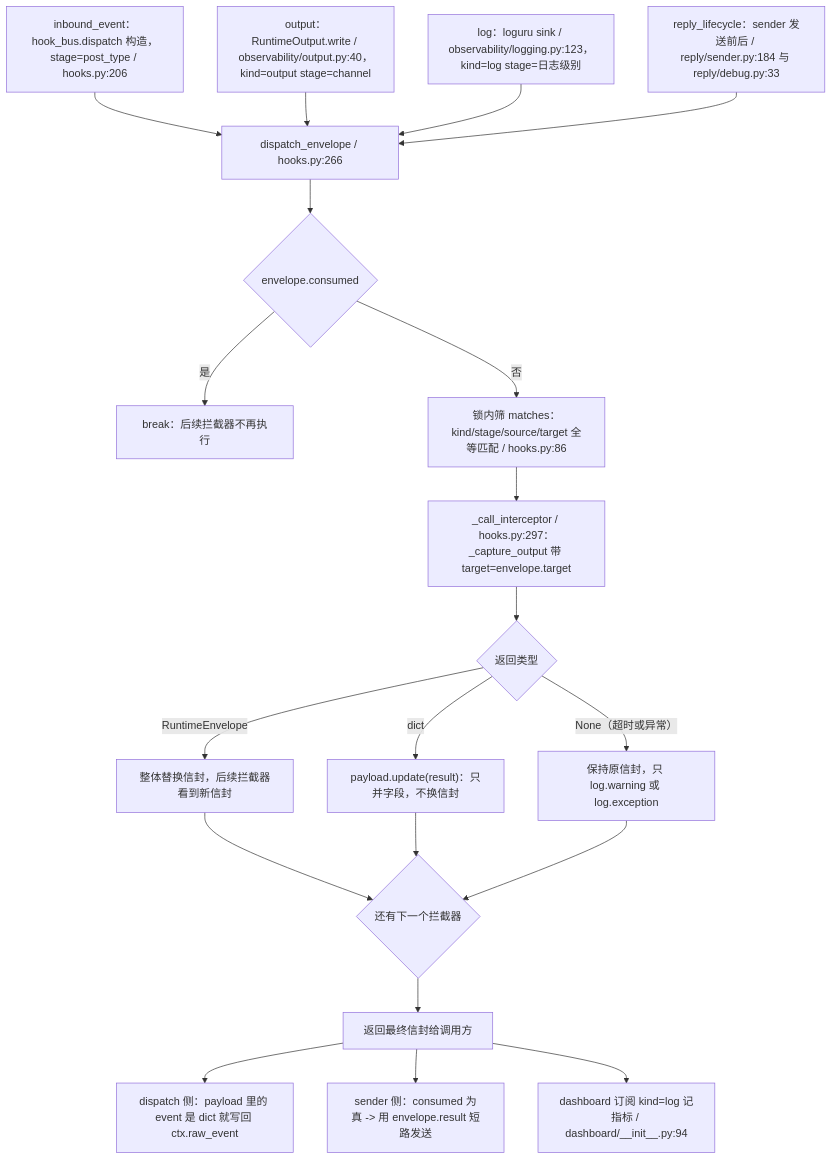
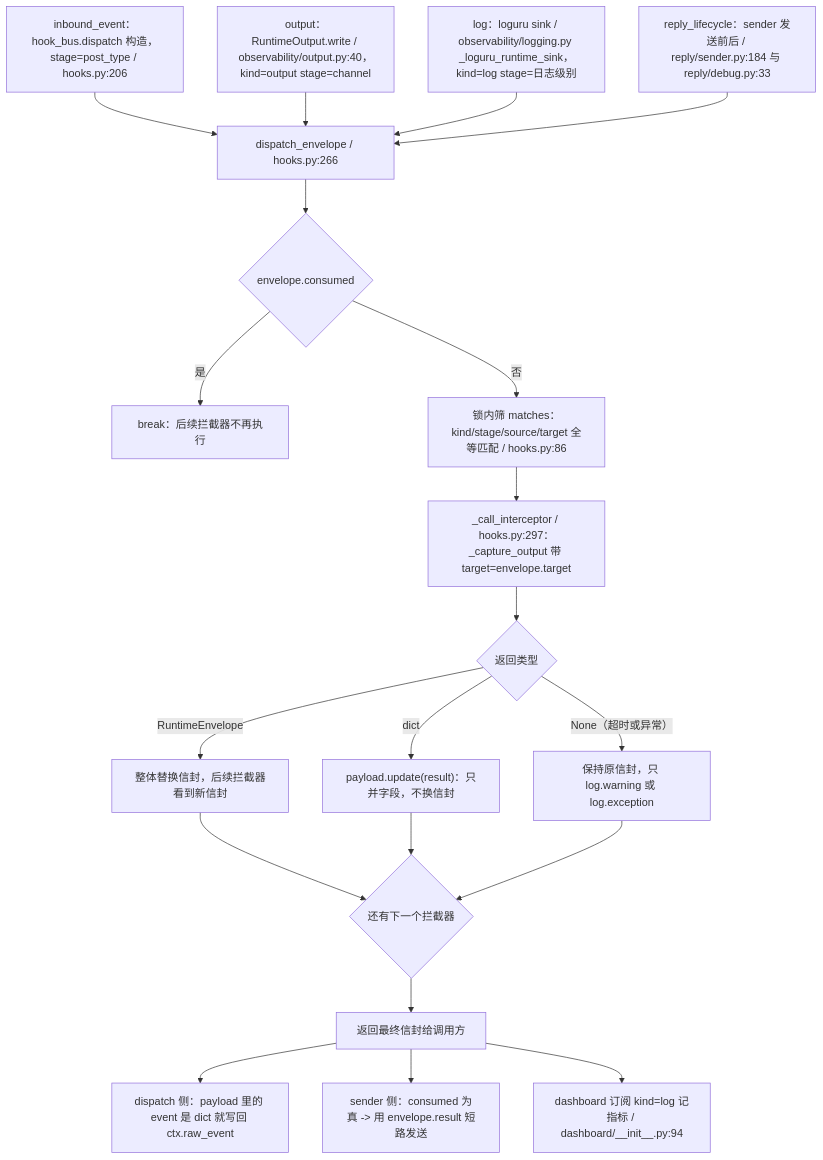
One commit to SuperQuail/NeoBot changed the ninth of 15 diagrams in docs/flow/08b-plugin-runtime.md. Above: the diagram before and after it, drawn with Mermaid. The commit also changed 12 other files, not shown here.

````diff
--- a/docs/flow/08b-plugin-runtime.md
+++ b/docs/flow/08b-plugin-runtime.md
@@ -417,22 +417,22 @@
 ```mermaid
 flowchart TD
     A["inbound_event：hook_bus.dispatch 构造，stage=post_type / hooks.py:206"] --> E
     B["output：RuntimeOutput.write / observability/output.py:40，kind=output stage=channel"] --> E
-    C["log：loguru sink / observability/logging.py:123，kind=log stage=日志级别"] --> E
+    C["log：loguru sink / observability/logging.py _loguru_runtime_sink，kind=log stage=日志级别"] --> E
     D["reply_lifecycle：sender 发送前后 / reply/sender.py:184 与 reply/debug.py:33"] --> E
     E["dispatch_envelope / hooks.py:266"] --> F{"envelope.consumed"}
     F -- 是 --> X1["break：后续拦截器不再执行"]
     F -- 否 --> G["锁内筛 matches：kind/stage/source/target 全等匹配 / hooks.py:86"]
     G --> H["_call_interceptor / hooks.py:297：_capture_output 带 target=envelope.target"]
     H --> I{"返回类型"}
     I -- "RuntimeEnvelope" --> J["整体替换信封，后续拦截器看到新信封"]
     I -- "dict" --> K["payload.update(result)：只并字段，不换信封"]
     I -- "None（超时或异常）" --> L["保持原信封，只 log.warning 或 log.exception"]
     J --> M{"还有下一个拦截器"}
     K --> M
     L --> M
     M --> N["返回最终信封给调用方"]
     N --> O["dispatch 侧：payload 里的 event 是 dict 就写回 ctx.raw_event"]
     N --> PP["sender 侧：consumed 为真 -> 用 envelope.result 短路发送"]
     N --> QQ["dashboard 订阅 kind=log 记指标 / dashboard/__init__.py:94"]
 ```
````
